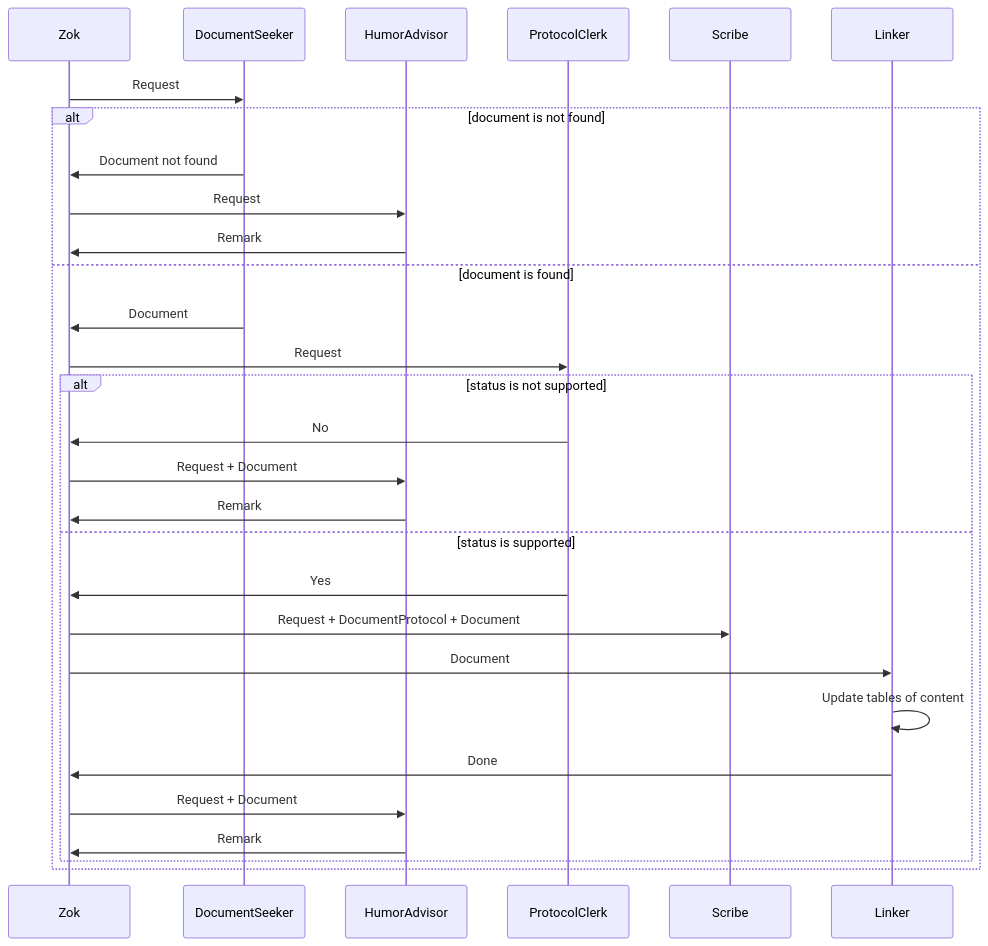
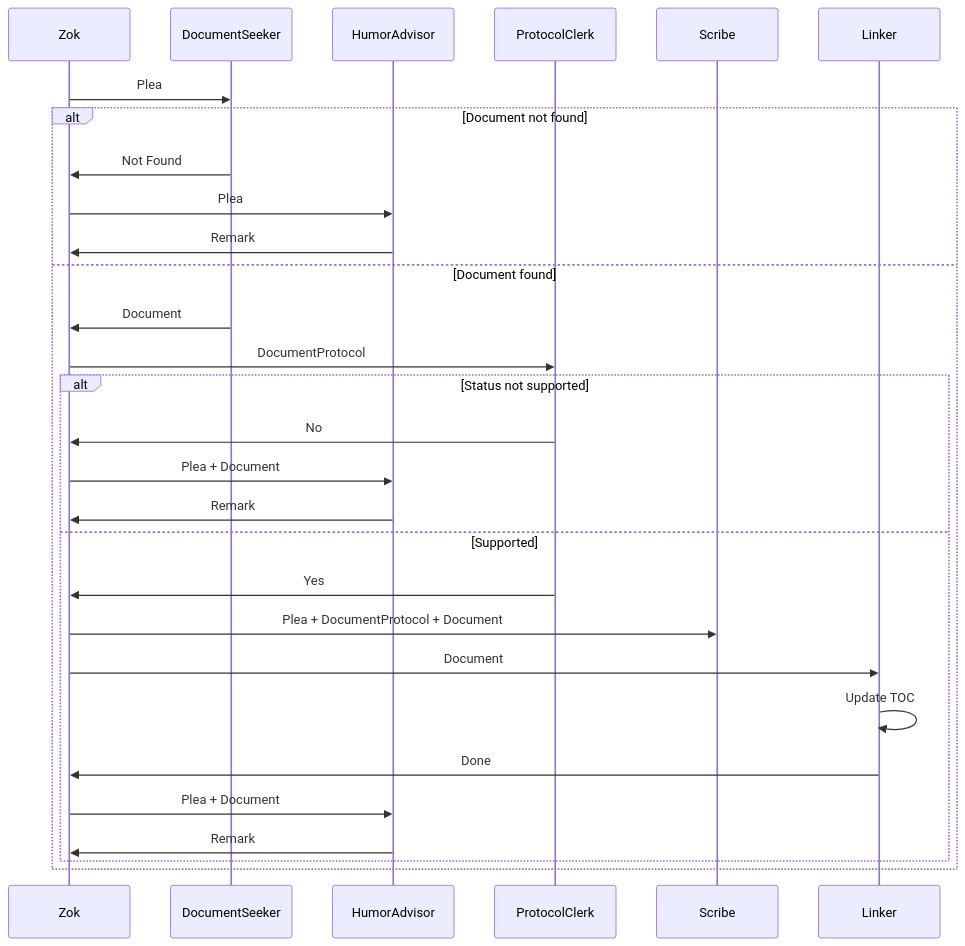
The fourth of 6 diagrams in docs/design/Design-001_the-inner-world-of-zok.md (pslotinsky/decay-of-magic), drawn with Mermaid before and after one commit. The commit also changed other lines of this file, not shown here.

Commit message:
Design-1: Translate Zok's design document to eng

````diff
--- a/docs/design/Design-001_the-inner-world-of-zok.md
+++ b/docs/design/Design-001_the-inner-world-of-zok.md
@@ -131,25 +133,25 @@
 ```mermaid
 sequenceDiagram
-  Zok->>DocumentSeeker: Request
-  alt document is not found
-    DocumentSeeker->>Zok: Document not found
-    Zok->>HumorAdvisor: Request
+  Zok->>DocumentSeeker: Plea
+  alt Document not found
+    DocumentSeeker->>Zok: Not Found
+    Zok->>HumorAdvisor: Plea
     HumorAdvisor->>Zok: Remark
-  else document is found
+  else Document found
     DocumentSeeker->>Zok: Document
-    Zok->>ProtocolClerk: Request
-    alt status is not supported
+    Zok->>ProtocolClerk: DocumentProtocol
+    alt Status not supported
       ProtocolClerk->>Zok: No
-      Zok->>HumorAdvisor: Request + Document
+      Zok->>HumorAdvisor: Plea + Document
       HumorAdvisor->>Zok: Remark
-    else status is supported
+    else Supported
       ProtocolClerk->>Zok: Yes
-      Zok->>Scribe: Request + DocumentProtocol + Document
+      Zok->>Scribe: Plea + DocumentProtocol + Document
       Zok->>Linker: Document
-      Linker->>Linker: Update tables of content
+      Linker->>Linker: Update TOC
       Linker->>Zok: Done
-      Zok->>HumorAdvisor: Request + Document
+      Zok->>HumorAdvisor: Plea + Document
       HumorAdvisor->>Zok: Remark
     end
   end
 ```
````
